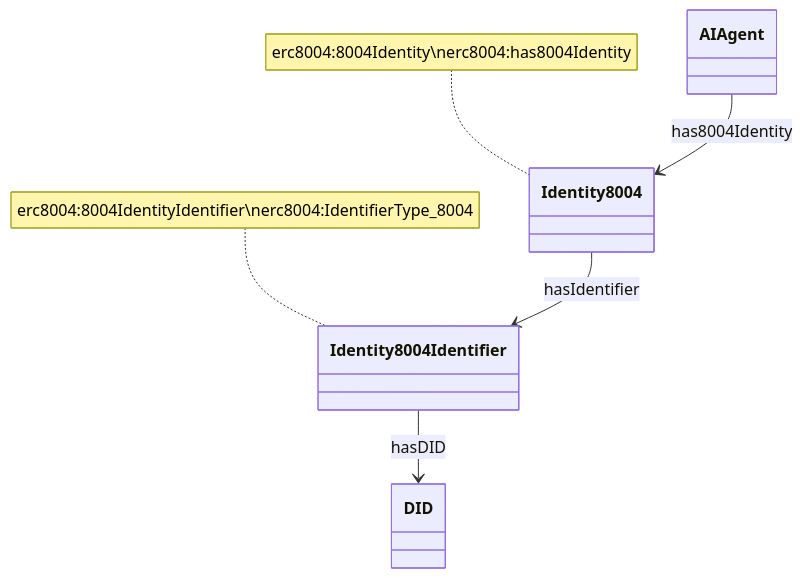
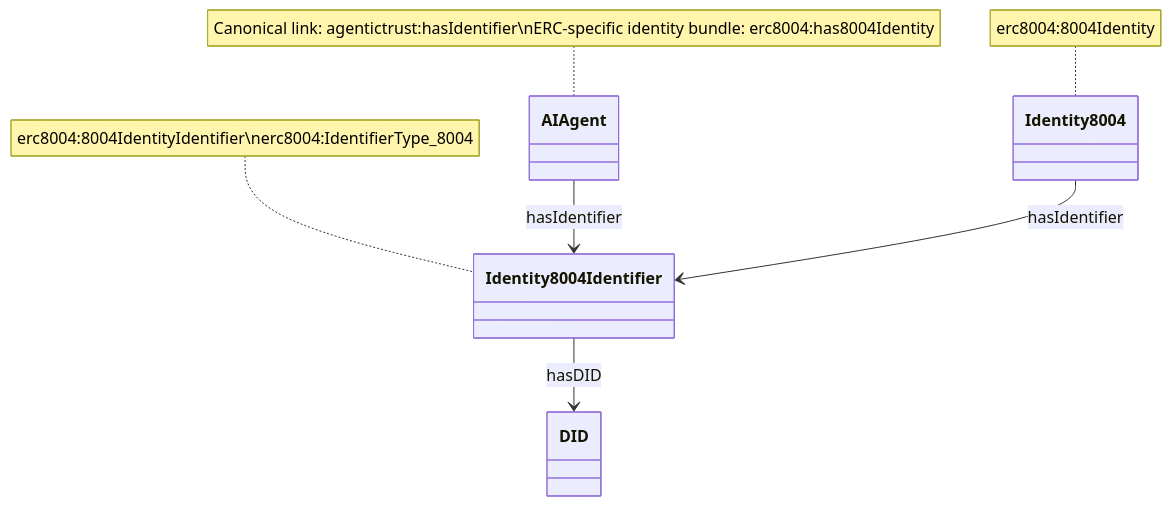
One commit to Agentic-Trust-Layer/agent-explorer changed the fifth of 6 diagrams in docs/ontology/identifiers.md. Above: the diagram before and after it, drawn with Mermaid. The commit also changed other lines of this file, not shown here.

````diff
--- a/docs/ontology/identifiers.md
+++ b/docs/ontology/identifiers.md
@@ -180,14 +182,15 @@
 ```mermaid
 classDiagram
     class AIAgent
     class Identity8004
     class Identity8004Identifier
     class DID
     
-    AIAgent --> Identity8004 : has8004Identity
+    AIAgent --> Identity8004Identifier : hasIdentifier
     Identity8004 --> Identity8004Identifier : hasIdentifier
     Identity8004Identifier --> DID : hasDID
     
-    note for Identity8004 "erc8004:8004Identity\nerc8004:has8004Identity"
+    note for AIAgent "Canonical link: agentictrust:hasIdentifier\nERC-specific identity bundle: erc8004:has8004Identity"
+    note for Identity8004 "erc8004:8004Identity"
     note for Identity8004Identifier "erc8004:8004IdentityIdentifier\nerc8004:IdentifierType_8004"
 ```
````
